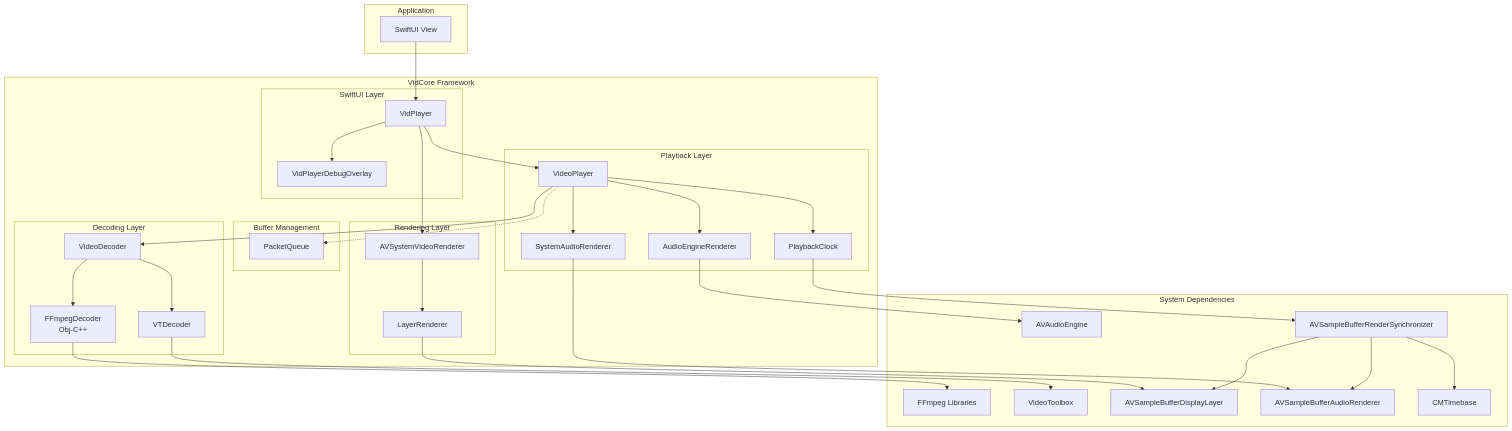
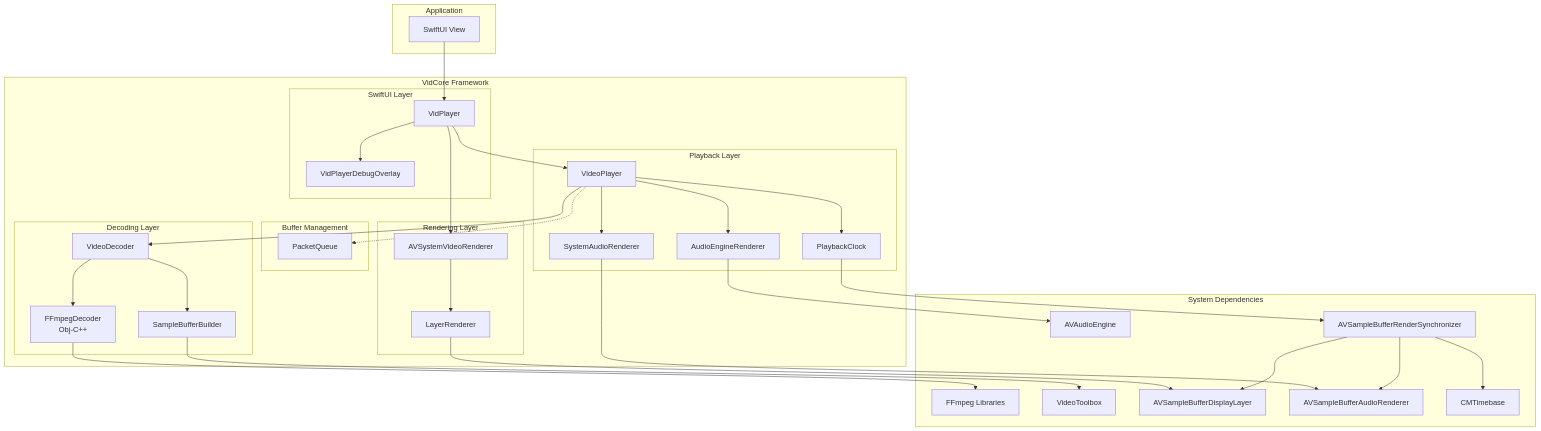
One commit to ptaru/VidCore changed the diagram in README.md. Above: the diagram before and after it, drawn with Mermaid. The commit also changed other lines of this file and 15 other files, not shown here.

````diff
--- a/README.md
+++ b/README.md
@@ -642,70 +642,70 @@
 ```mermaid
 graph TD
     subgraph App [Application]
         UI[SwiftUI View]
     end
 
     subgraph VidCore [VidCore Framework]
         subgraph SwiftUI [SwiftUI Layer]
             VPV[VidPlayer]
             VPDO[VidPlayerDebugOverlay]
         end
 
         subgraph Playback [Playback Layer]
             VP[VideoPlayer]
             PC[PlaybackClock]
             SAR[SystemAudioRenderer]
             AER[AudioEngineRenderer]
         end
 
         subgraph Buffers [Buffer Management]
             PQ[PacketQueue]
         end
 
         subgraph Decoding [Decoding Layer]
             VD[VideoDecoder]
             FD[FFmpegDecoder<br/>Obj-C++]
-            VTD[VTDecoder]
+            SBB[SampleBufferBuilder]
         end
 
         subgraph Rendering [Rendering Layer]
             LR[LayerRenderer]
             ASVR[AVSystemVideoRenderer]
         end
     end
 
     subgraph System [System Dependencies]
         FF[FFmpeg Libraries]
         VT[VideoToolbox]
         ASBDL[AVSampleBufferDisplayLayer]
         ASBAR[AVSampleBufferAudioRenderer]
         AVAE[AVAudioEngine]
         ASBRS[AVSampleBufferRenderSynchronizer]
         CMTB[CMTimebase]
     end
 
     UI --> VPV
     VPV --> VP
     VPV --> VPDO
     VPV --> ASVR
     ASVR --> LR
     LR --> ASBDL
 
     VP --> VD
     VP --> SAR
     VP --> AER
     VP --> PC
     VP -.-> PQ
     
     VD --> FD
-    VD --> VTD
+    VD --> SBB
     FD --> FF
-    VTD --> VT
+    SBB --> VT
 
     SAR --> ASBAR
     AER --> AVAE
     PC --> ASBRS
     ASBRS --> ASBDL
     ASBRS --> ASBAR
     ASBRS --> CMTB
 ```
````
